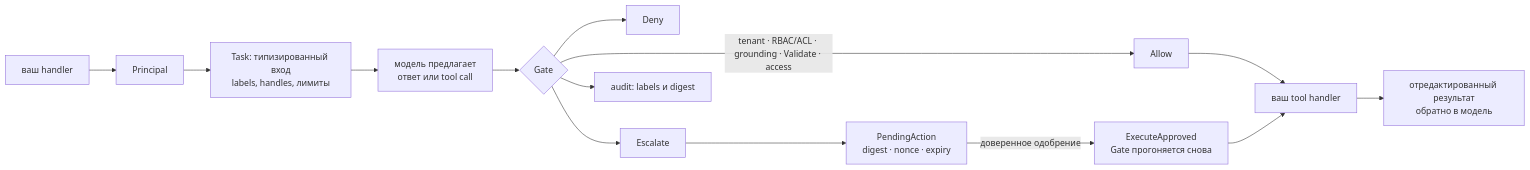
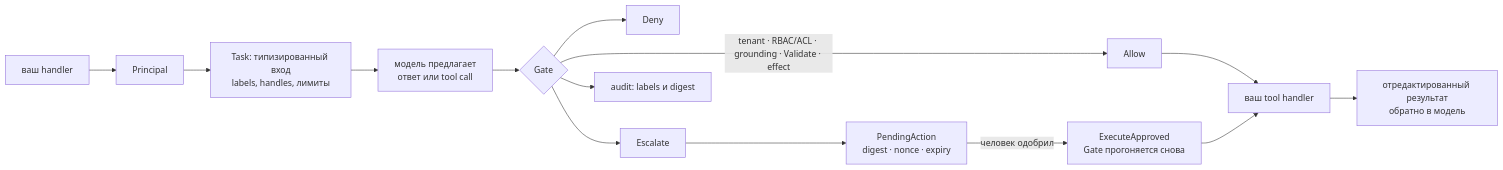
One commit to KirillYuzh/Gobellim changed the diagram in README.ru.md. Above: the diagram before and after it, drawn with Mermaid. The commit also changed other lines of this file and 31 other files, not shown here.

First line of the commit message:
feat!: bound targets to a tenant, sign suspensions, rename Access

````diff
--- a/README.ru.md
+++ b/README.ru.md
@@ -77,16 +90,16 @@
 ```mermaid
 flowchart LR
     H["ваш handler"] --> P["Principal"]
     P --> T["Task: типизированный вход<br/>labels, handles, лимиты"]
     T --> M["модель предлагает<br/>ответ или tool call"]
     M --> G{"Gate"}
-    G -->|"tenant · RBAC/ACL · grounding · Validate · access"| A["Allow"]
+    G -->|"tenant · RBAC/ACL · grounding · Validate · effect"| A["Allow"]
     G --> D["Deny"]
     G --> E["Escalate"]
     A --> X["ваш tool handler"]
     X --> R["отредактированный результат<br/>обратно в модель"]
     E --> C["PendingAction<br/>digest · nonce · expiry"]
-    C -->|"доверенное одобрение"| EA["ExecuteApproved<br/>Gate прогоняется снова"]
+    C -->|"человек одобрил"| EA["ExecuteApproved<br/>Gate прогоняется снова"]
     EA --> X
     G --> AU["audit: labels и digest"]
 ```
````
